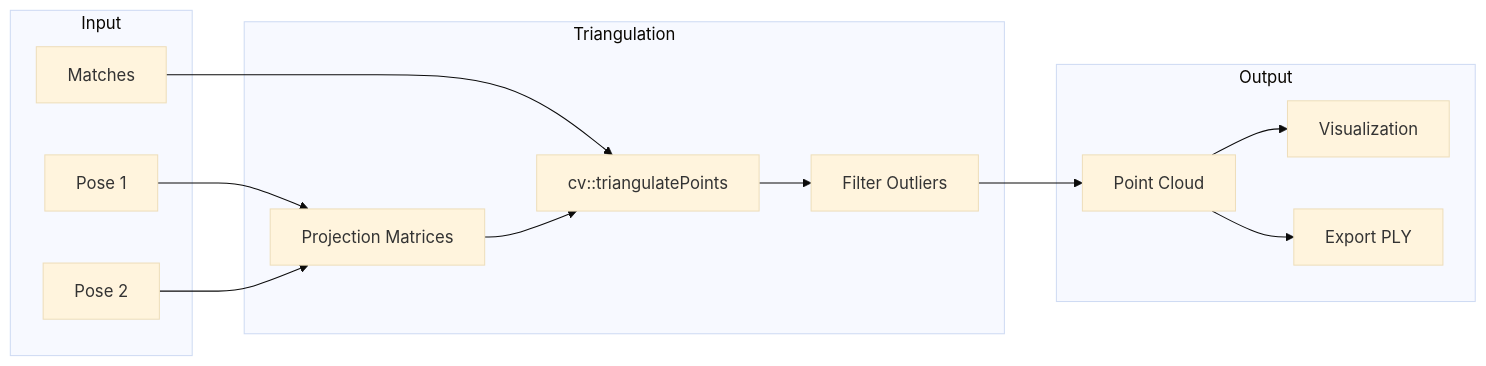
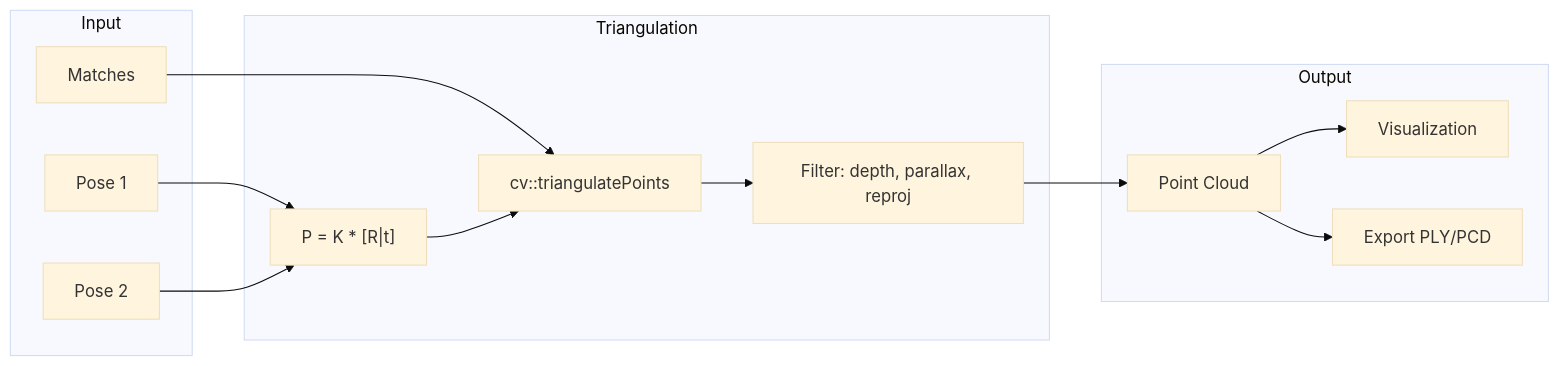
The ninth of 10 diagrams in README.md (robertteleng/aria-slam), drawn with Mermaid (base theme) before and after one commit. The commit also changed other lines of this file and 5 other files, not shown here.

````diff
--- a/README.md
+++ b/README.md
@@ -351,27 +390,27 @@
 ```mermaid
 flowchart LR
     subgraph Input
         M1[Matches]
         P1[Pose 1]
         P2[Pose 2]
     end
 
     subgraph Triangulation
-        PROJ[Projection Matrices]
+        PROJ["P = K * [R|t]"]
         TRI[cv::triangulatePoints]
-        FILT[Filter Outliers]
+        FILT["Filter: depth, parallax, reproj"]
     end
 
     subgraph Output
         PC[Point Cloud]
         VIS[Visualization]
-        EXP[Export PLY]
+        EXP[Export PLY/PCD]
     end
 
     M1 --> TRI
     P1 --> PROJ --> TRI
     P2 --> PROJ
     TRI --> FILT --> PC
     PC --> VIS
     PC --> EXP
 ```
````
